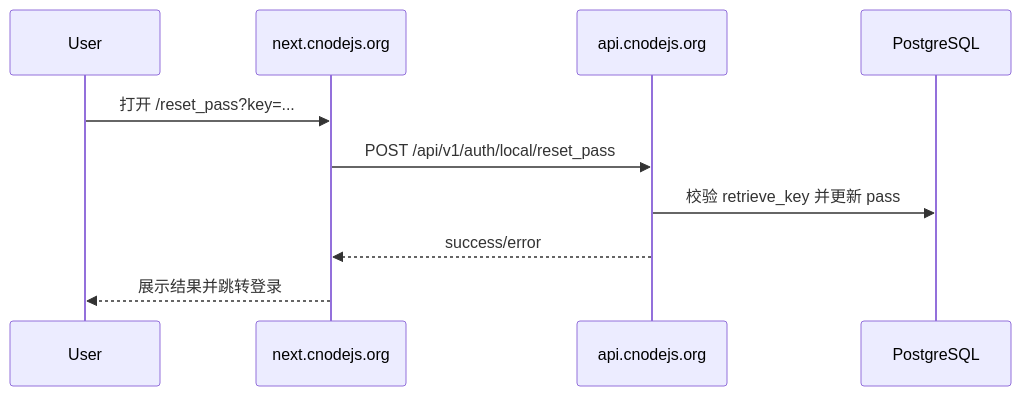
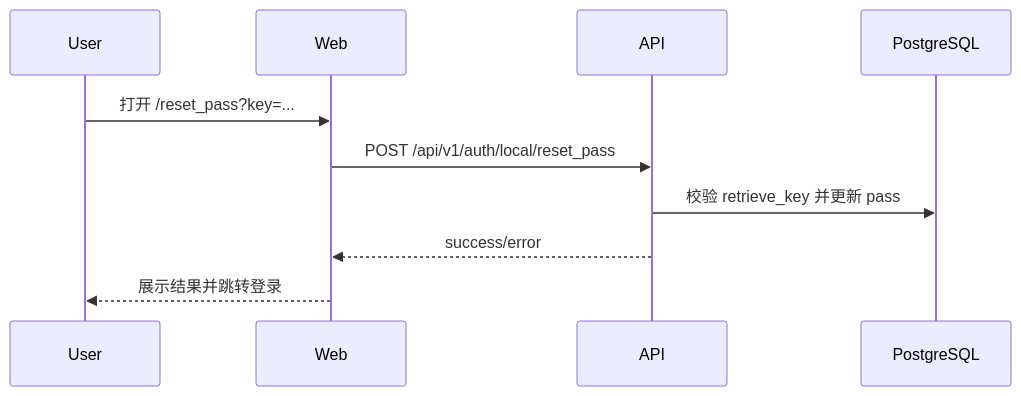
The first of 4 diagrams in openspec/changes/archive/2026-07-28-fix-admin-account-integrity/design.md (cnodejs/cnode-next), drawn with Mermaid before and after one commit. The commit also changed other lines of this file and 87 other files, not shown here.

````diff
--- a/openspec/changes/archive/2026-07-28-fix-admin-account-integrity/design.md
+++ b/openspec/changes/archive/2026-07-28-fix-admin-account-integrity/design.md
@@ -48,12 +48,12 @@
 ```mermaid
 sequenceDiagram
   participant User
-  participant Web as next.cnodejs.org
-  participant API as api.cnodejs.org
+  participant Web
+  participant API
   participant DB as PostgreSQL
   User->>Web: 打开 /reset_pass?key=...
   Web->>API: POST /api/v1/auth/local/reset_pass
   API->>DB: 校验 retrieve_key 并更新 pass
   API-->>Web: success/error
   Web-->>User: 展示结果并跳转登录
 ```
````
